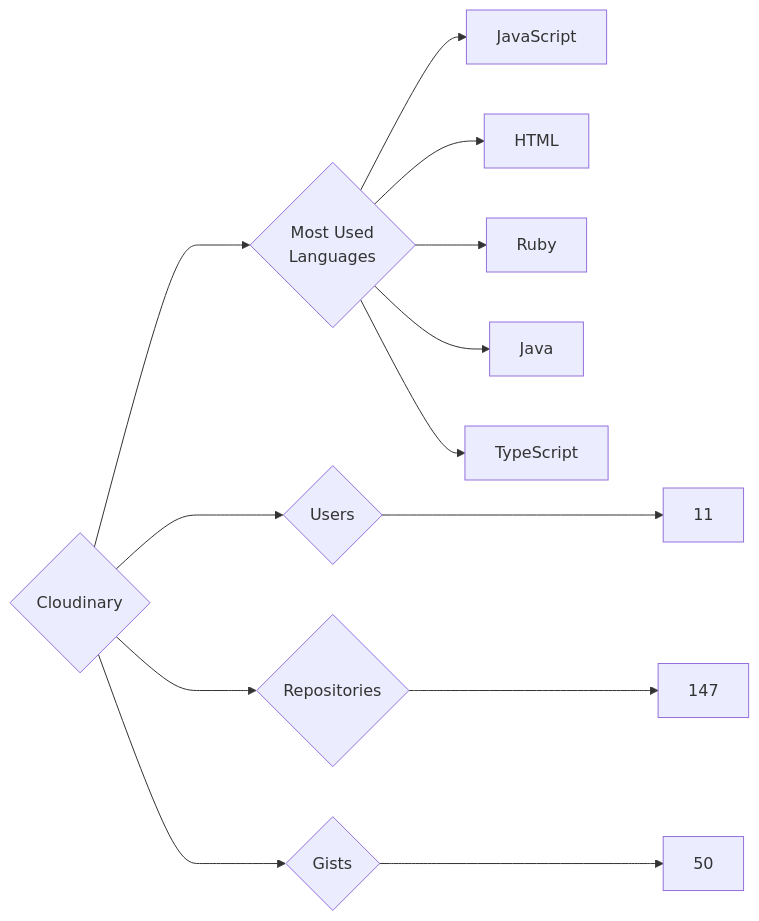
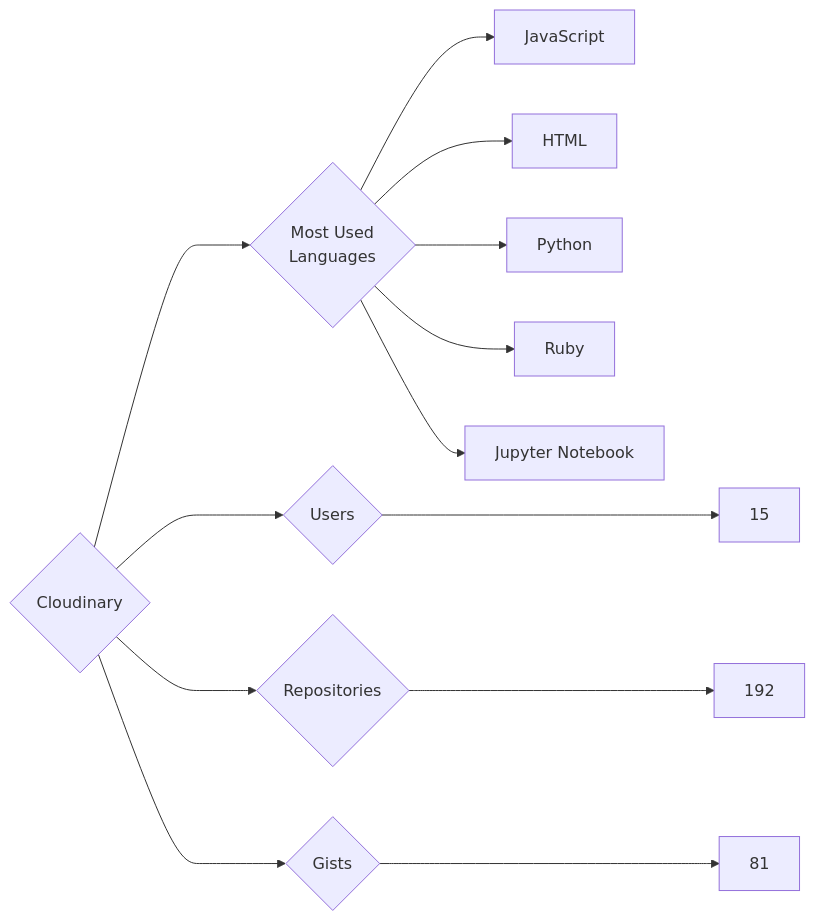
The diagram in targets/Cloudinary/README.md (trickest/insiders), drawn with Mermaid before and after one commit. The commit also changed 965 other files, not shown here.

````diff
--- a/targets/Cloudinary/README.md
+++ b/targets/Cloudinary/README.md
@@ -3,13 +3,13 @@
 ```mermaid
 graph LR
 COMPANY_NAME{Cloudinary}
-COMPANY_NAME ---> U{Users} ---> UN[11]
-COMPANY_NAME ---> R{Repositories} ---> RN[147]
-COMPANY_NAME ---> G{Gists} ---> GN[50]
+COMPANY_NAME ---> U{Users} ---> UN[15]
+COMPANY_NAME ---> R{Repositories} ---> RN[192]
+COMPANY_NAME ---> G{Gists} ---> GN[81]
 COMPANY_NAME ---> ML{Most Used<br>Languages}
 ML --> JavaScript[JavaScript]
 ML --> HTML[HTML]
+ML --> Python[Python]
 ML --> Ruby[Ruby]
-ML --> Java[Java]
-ML --> TypeScript[TypeScript]
+ML --> Jupyter_Notebook[Jupyter Notebook]
 ```
````
